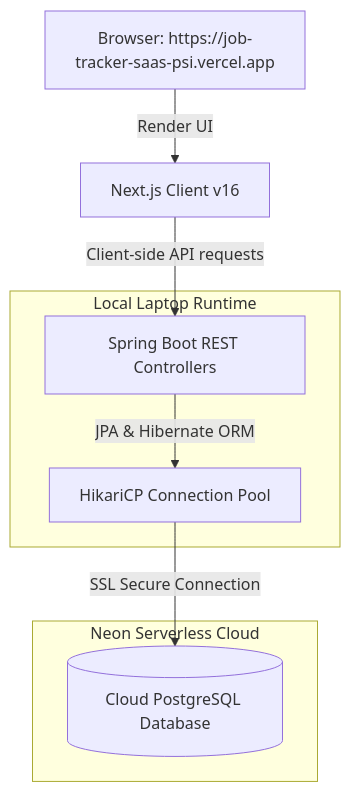
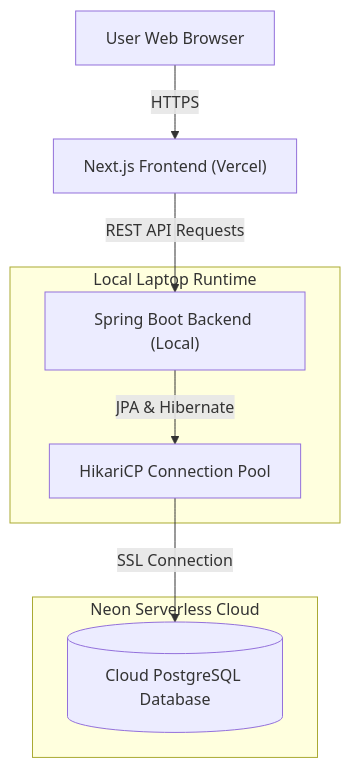
Before and after one commit to milakshivithana/job-tracker-saas: the diagram in README.md, drawn with Mermaid.

Commit message:
Fix Mermaid diagram formatting on GitHub README

````diff
--- a/README.md
+++ b/README.md
@@ -44,13 +44,13 @@
 ```mermaid
 graph TD
-    Client[Browser: https://job-tracker-saas-psi.vercel.app] -->|Render UI| NextJS[Next.js Client v16]
-    NextJS -->|Client-side API requests| REST[Spring Boot REST Controllers]
+    Client["User Web Browser"] -->|HTTPS| NextJS["Next.js Frontend (Vercel)"]
+    NextJS -->|REST API Requests| REST["Spring Boot Backend (Local)"]
     
-    subgraph Local Laptop Runtime
-        REST -->|JPA & Hibernate ORM| Hikari[HikariCP Connection Pool]
+    subgraph Local["Local Laptop Runtime"]
+        REST -->|JPA & Hibernate| Hikari["HikariCP Connection Pool"]
     end
     
-    subgraph Neon Serverless Cloud
-        Hikari -->|SSL Secure Connection| PG[(Cloud PostgreSQL Database)]
+    subgraph Cloud["Neon Serverless Cloud"]
+        Hikari -->|SSL Connection| PG[("Cloud PostgreSQL Database")]
     end
 ```
````
